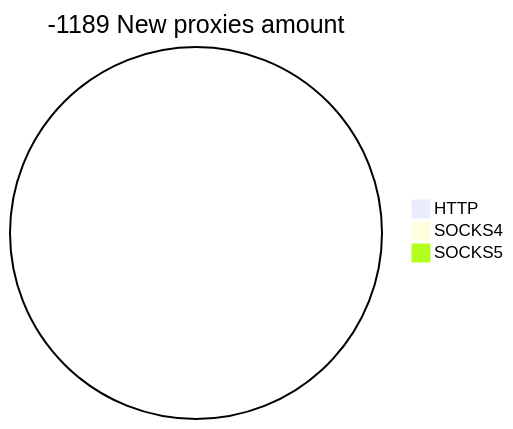
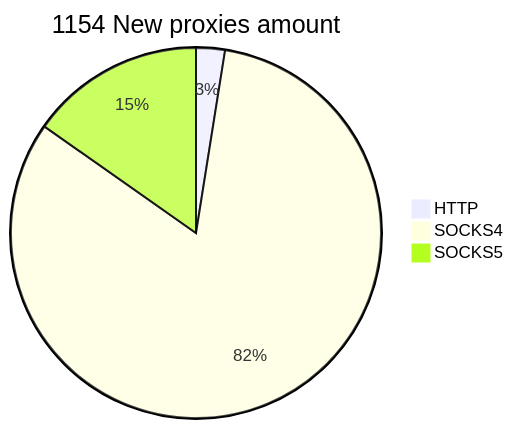
The second of 2 diagrams in README.md (cutipu/proxylist), drawn with Mermaid before and after one commit. The commit also changed other lines of this file, not shown here.

````diff
--- a/README.md
+++ b/README.md
@@ -10,6 +10,6 @@
 ```mermaid
-pie title -1189 New proxies amount
-    "HTTP" : 0
-    "SOCKS4" : 0
-    "SOCKS5" : 0
+pie title 1154 New proxies amount
+    "HTTP" : 29
+    "SOCKS4" : 949
+    "SOCKS5" : 176
 ```
````
